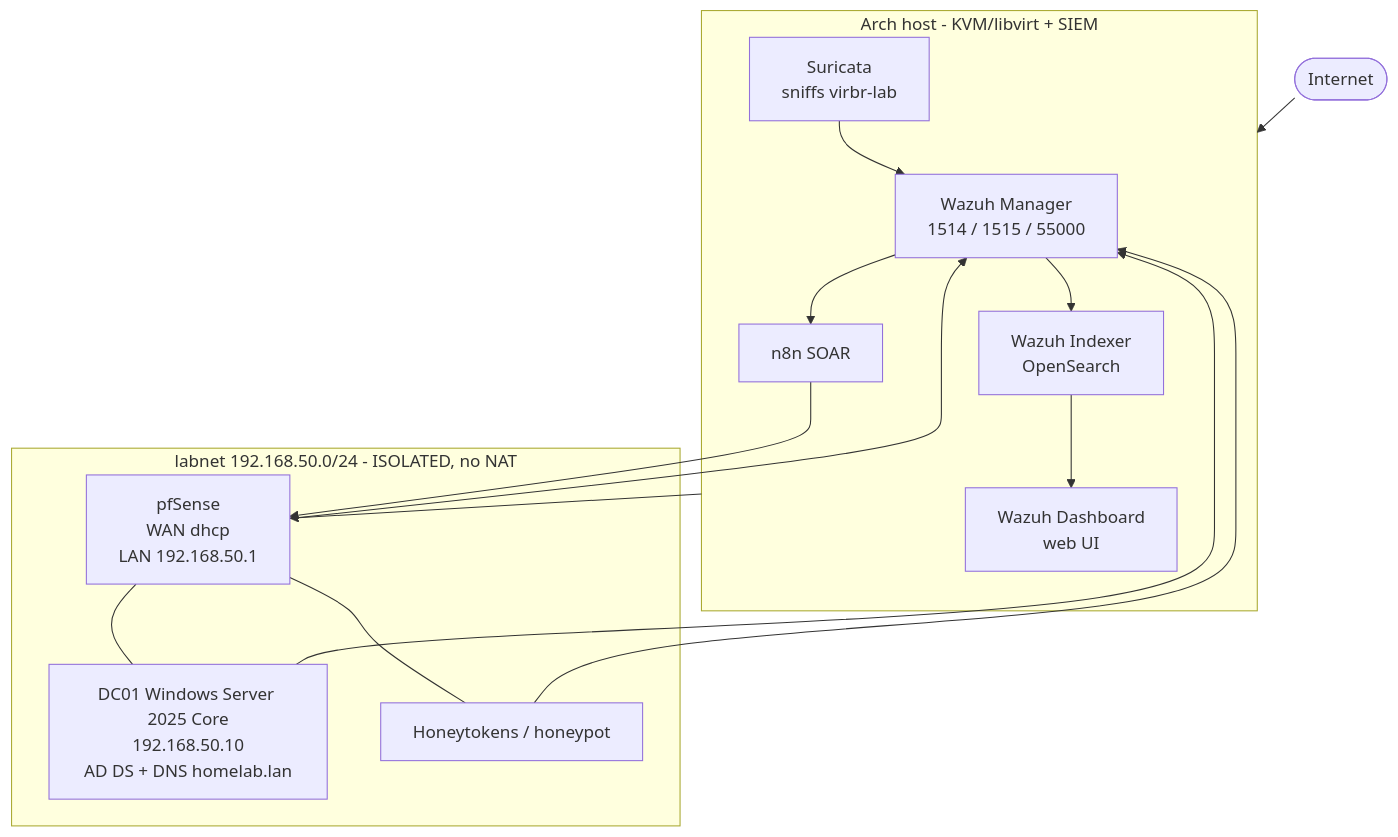
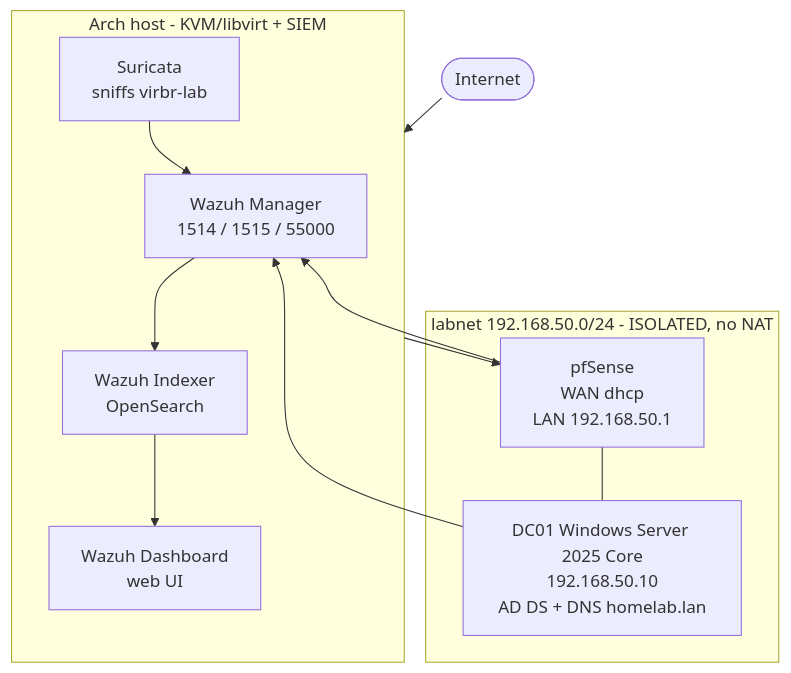
The diagram in README.md (HariCipher/soc-homelab), drawn with Mermaid before and after one commit. The commit also changed other lines of this file and 12 other files, not shown here.

````diff
--- a/README.md
+++ b/README.md
@@ -15,31 +15,25 @@
 ```mermaid
 flowchart TB
     NET(["Internet"])
 
     subgraph HOST["Arch host - KVM/libvirt + SIEM"]
         WZM["Wazuh Manager<br>1514 / 1515 / 55000"]
         WZI["Wazuh Indexer<br>OpenSearch"]
         WZD["Wazuh Dashboard<br>web UI"]
         SUR["Suricata<br>sniffs virbr-lab"]
-        N8N["n8n SOAR"]
     end
 
     subgraph LAB["labnet 192.168.50.0/24 - ISOLATED, no NAT"]
         PF["pfSense<br>WAN dhcp<br>LAN 192.168.50.1"]
         DC["DC01 Windows Server 2025 Core<br>192.168.50.10<br>AD DS + DNS homelab.lan"]
-        HP["Honeytokens / honeypot"]
     end
 
     NET --> HOST
     HOST --> PF
     PF --- DC
-    PF --- HP
     DC --> WZM
     PF --> WZM
     SUR --> WZM
-    HP --> WZM
     WZM --> WZI
     WZI --> WZD
-    WZM --> N8N
-    N8N --> PF
 ```
````
